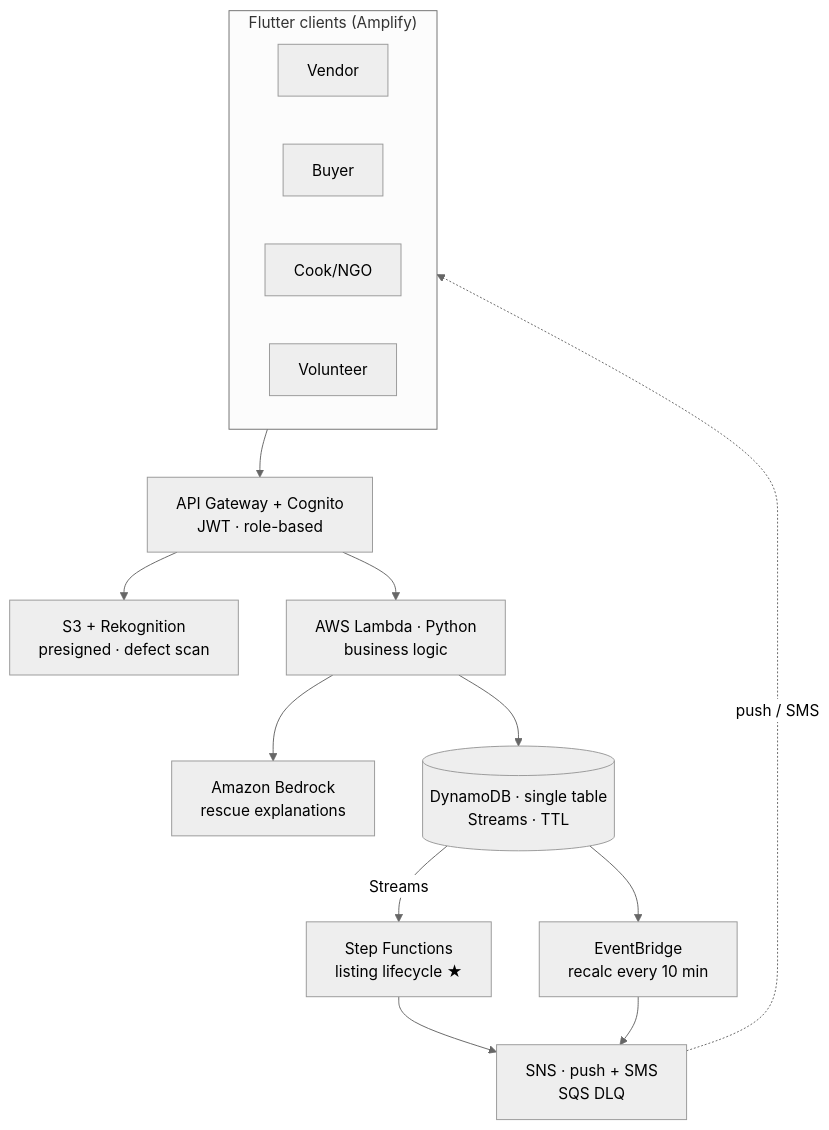
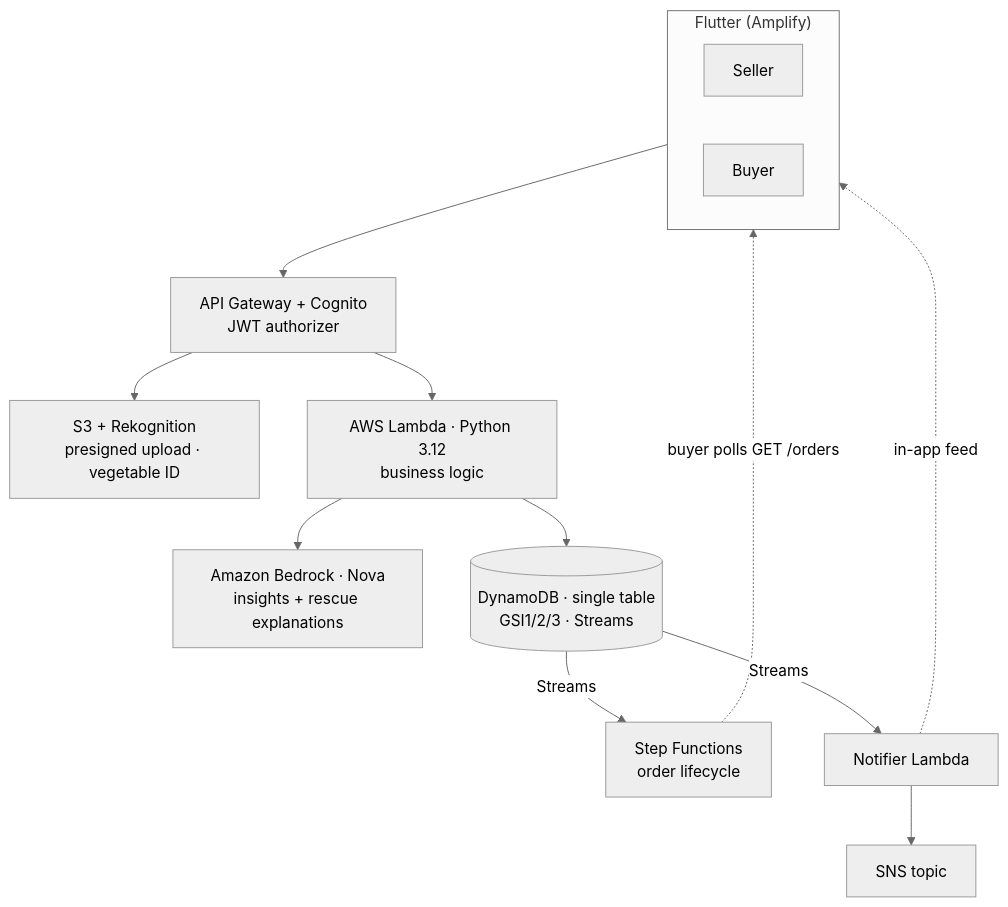
Before and after one commit to smriti51818/Revivo: the diagram in README.md, drawn with Mermaid (neutral theme). The commit also changed other lines of this file and 48 other files, not shown here.

````diff
--- a/README.md
+++ b/README.md
@@ -85,16 +86,16 @@
 ```mermaid
 flowchart TD
-    subgraph Clients["Flutter clients (Amplify)"]
-        V[Vendor] & B[Buyer] & C[Cook/NGO] & Vol[Volunteer]
+    subgraph Clients["Flutter (Amplify)"]
+        Se[Seller] & Bu[Buyer]
     end
-    Clients --> APIGW[API Gateway + Cognito<br/>JWT · role-based]
-    APIGW --> S3[S3 + Rekognition<br/>presigned · defect scan]
-    APIGW --> L[AWS Lambda · Python<br/>business logic]
-    L --> BR[Amazon Bedrock<br/>rescue explanations]
-    L --> DDB[(DynamoDB · single table<br/>Streams · TTL)]
-    DDB -->|Streams| SF[Step Functions<br/>listing lifecycle ★]
-    DDB --> EB[EventBridge<br/>recalc every 10 min]
-    SF --> SNS[SNS · push + SMS<br/>SQS DLQ]
-    EB --> SNS
-    SNS -.push / SMS.-> Clients
+    Clients --> APIGW[API Gateway + Cognito<br/>JWT authorizer]
+    APIGW --> S3[S3 + Rekognition<br/>presigned upload · vegetable ID]
+    APIGW --> L[AWS Lambda · Python 3.12<br/>business logic]
+    L --> BR[Amazon Bedrock · Nova<br/>insights + rescue explanations]
+    L --> DDB[(DynamoDB · single table<br/>GSI1/2/3 · Streams)]
+    DDB -->|Streams| SF[Step Functions<br/>order lifecycle]
+    DDB -->|Streams| NF[Notifier Lambda]
+    NF --> SNS[SNS topic]
+    SF -.buyer polls GET /orders.-> Clients
+    NF -.in-app feed.-> Clients
 ```
````
